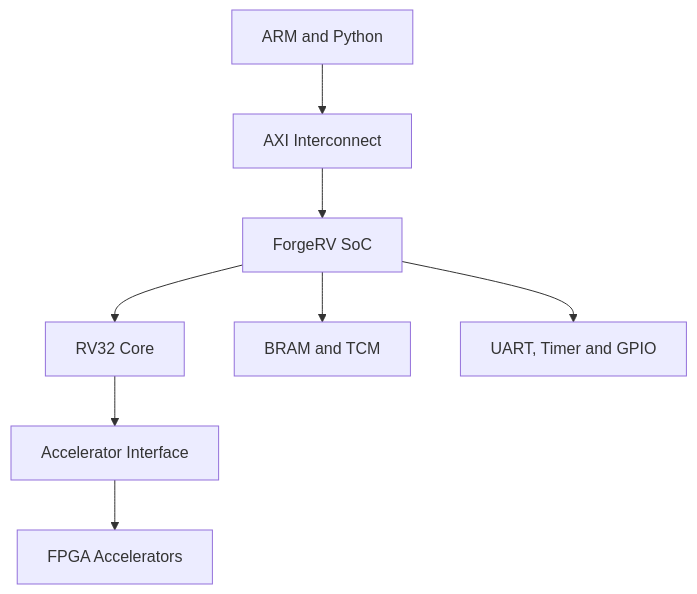
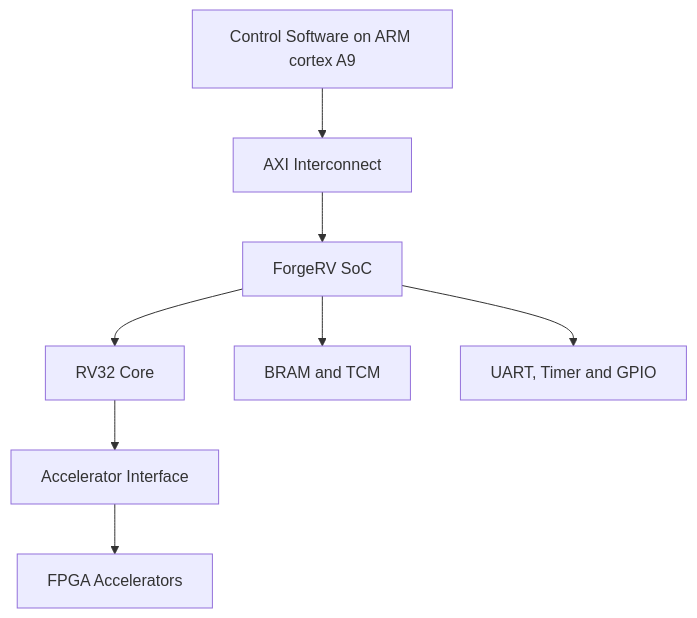
The second of 2 diagrams in README.md (Sohs435/ForgeRV), drawn with Mermaid before and after one commit.

````diff
--- a/README.md
+++ b/README.md
@@ -65,10 +65,10 @@
 ```mermaid
 flowchart TD
-    PS["ARM and Python"] --> AXI["AXI Interconnect"]
+    PS["Control Software on ARM cortex A9"] --> AXI["AXI Interconnect"]
     AXI --> SOC["ForgeRV SoC"]
     SOC --> CORE["RV32 Core"]
     SOC --> MEM["BRAM and TCM"]
     SOC --> PERIPH["UART, Timer and GPIO"]
     CORE --> XFORGE["Accelerator Interface"]
     XFORGE --> ACCEL["FPGA Accelerators"]
 ```
````
